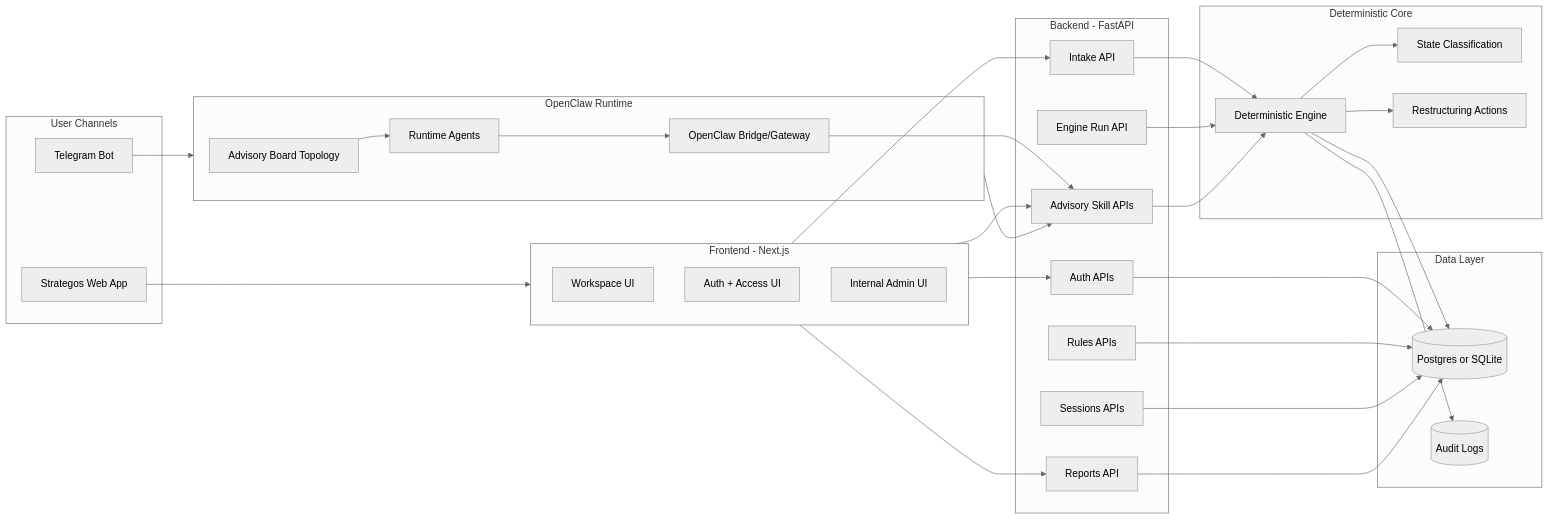
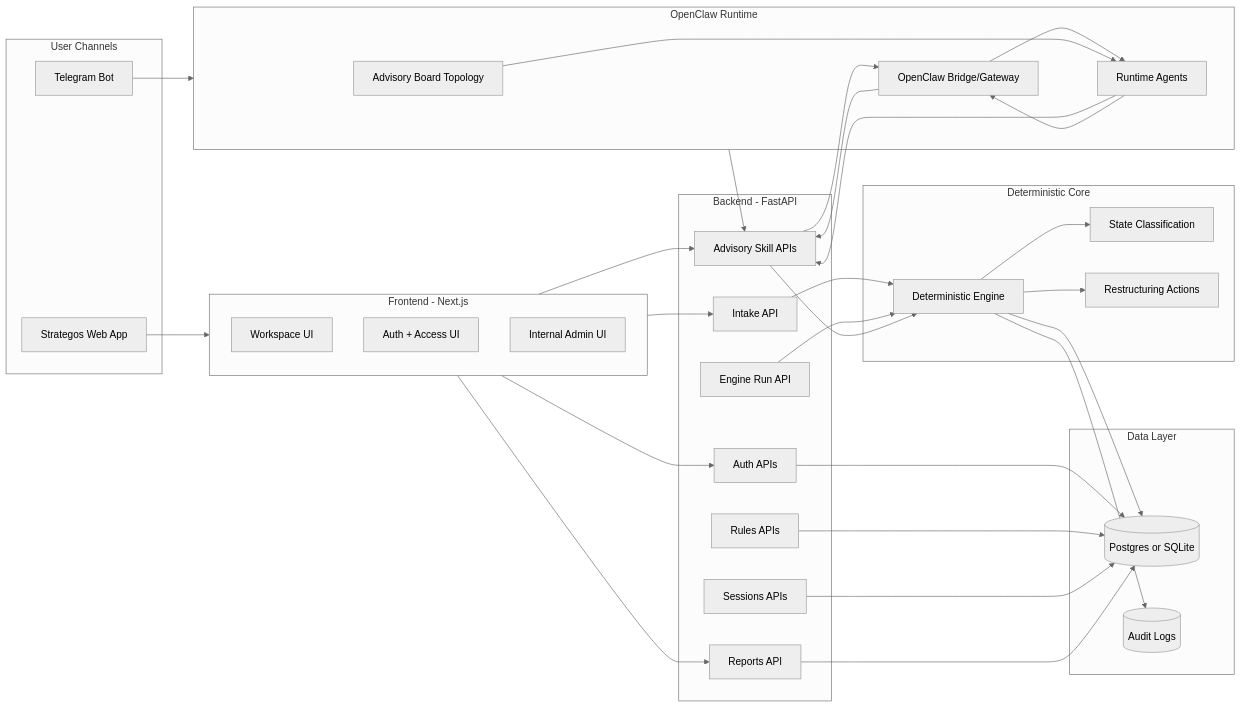
Before and after one commit to chetlursuneil-prog/Strategos: the diagram in README.md, drawn with Mermaid (neutral theme). The commit also changed other lines of this file, not shown here.

````diff
--- a/README.md
+++ b/README.md
@@ -30,66 +30,69 @@
 ```mermaid
 flowchart LR
   subgraph CH[User Channels]
     WEB[Strategos Web App]
     TG[Telegram Bot]
   end
 
   subgraph FE[Frontend - Next.js]
     WS[Workspace UI]
     AUTHUI[Auth + Access UI]
     ADMINUI[Internal Admin UI]
   end
 
   subgraph API[Backend - FastAPI]
     AUTH["Auth APIs"]
     INTAKE["Intake API"]
     ENGINE["Engine Run API"]
     ADV["Advisory Skill APIs"]
     REPORTS["Reports API"]
     RULES["Rules APIs"]
     SESS["Sessions APIs"]
   end
 
   subgraph CORE[Deterministic Core]
     DET[Deterministic Engine]
     STATE[State Classification]
     ACTIONS[Restructuring Actions]
   end
 
   subgraph OC[OpenClaw Runtime]
     BOARD[Advisory Board Topology]
     AGENTS[Runtime Agents]
     BRIDGE[OpenClaw Bridge/Gateway]
   end
 
   subgraph DATA[Data Layer]
     DB[(Postgres or SQLite)]
     AUD[(Audit Logs)]
   end
 
   WEB --> FE
   TG --> OC
 
   FE --> AUTH
   FE --> INTAKE
   FE --> ADV
   FE --> REPORTS
 
   INTAKE --> DET
   ENGINE --> DET
   ADV --> DET
+  ADV --> BRIDGE
+  BRIDGE --> AGENTS
+  AGENTS --> ADV
 
   DET --> STATE
   DET --> ACTIONS
   DET --> DB
   AUTH --> DB
   RULES --> DB
   SESS --> DB
   REPORTS --> DB
   DET --> AUD
 
   OC --> ADV
   BOARD --> AGENTS
   AGENTS --> BRIDGE
   BRIDGE --> ADV
 ```
````
